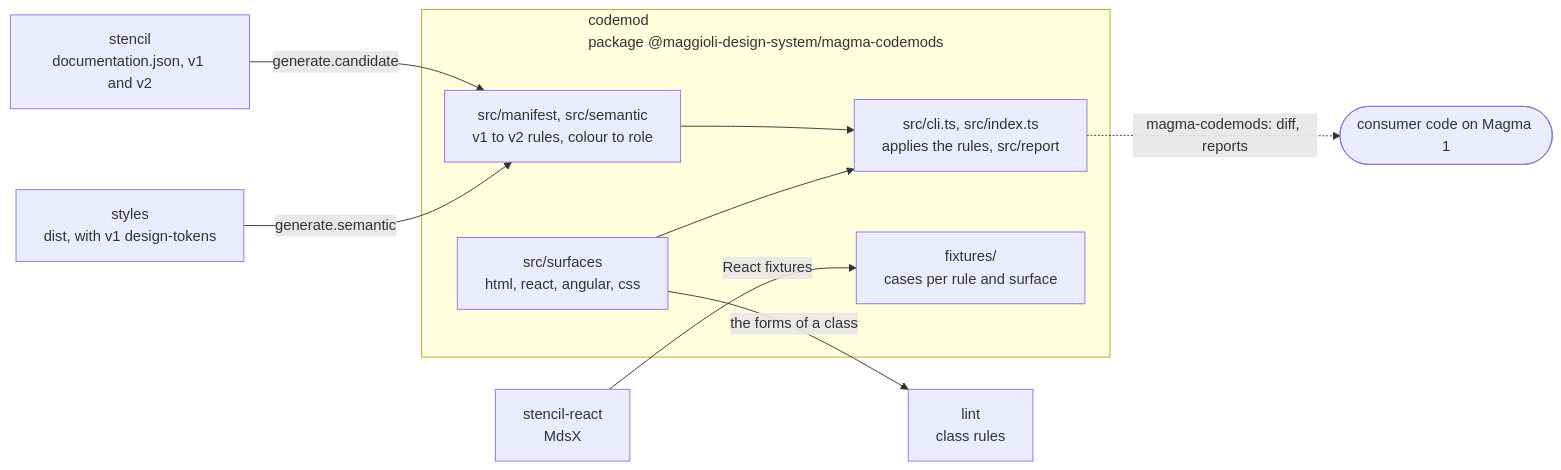
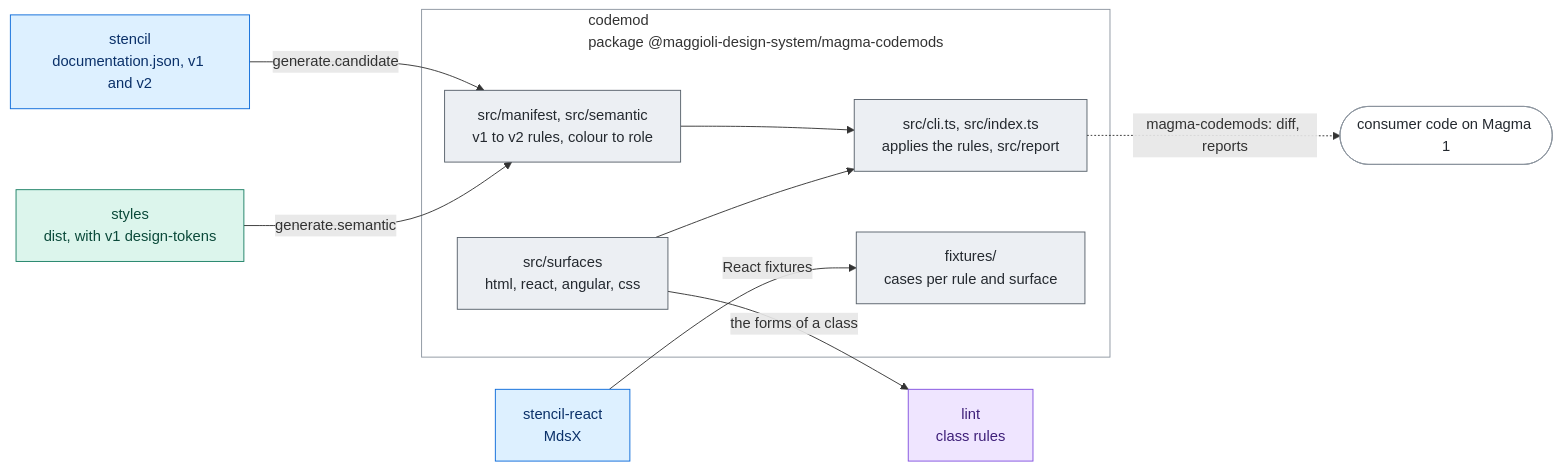
Before and after one commit to magma-design-system/magma: the diagram in projects/codemod/README.md, drawn with Mermaid. The commit also changed other lines of this file and 11 other files, not shown here.

First line of the commit message:
docs(magma): colour the diagrams of the projects by axis

````diff
--- a/projects/codemod/README.md
+++ b/projects/codemod/README.md
@@ -16,19 +16,32 @@
 ```mermaid
 flowchart LR
   WC["stencil<br/>documentation.json, v1 and v2"]
   ST["styles<br/>dist, with v1 design-tokens"]
   RE["stencil-react<br/>MdsX"]
   subgraph cm["codemod<br/>package @maggioli-design-system/magma-codemods"]
     RULES["src/manifest, src/semantic<br/>v1 to v2 rules, colour to role"]
     SURF["src/surfaces<br/>html, react, angular, css"]
     RUN["src/cli.ts, src/index.ts<br/>applies the rules, src/report"]
     FIX["fixtures/<br/>cases per rule and surface"]
     RULES --> RUN
     SURF --> RUN
   end
   WC -->|"generate.candidate"| RULES
   ST -->|"generate.semantic"| RULES
   RE -->|"React fixtures"| FIX
   SURF -->|"the forms of a class"| LINT["lint<br/>class rules"]
   RUN -.->|"magma-codemods: diff, reports"| APP(["consumer code on Magma 1"])
+  class LINT ai
+  class ST visual
+  class WC,RE components
+  class RULES,SURF,RUN,FIX tooling
+  class APP outside
+  class cm area
+  classDef ai fill:#efe5ff,stroke:#8250df,color:#3e1f79
+  classDef assets fill:#fff1d6,stroke:#bf8700,color:#5c3d00
+  classDef visual fill:#dcf5ec,stroke:#1a7f64,color:#0b4a3a
+  classDef components fill:#ddf0ff,stroke:#0969da,color:#0a3069
+  classDef tooling fill:#eceff3,stroke:#57606a,color:#24292f
+  classDef outside fill:#ffffff,stroke:#8c959f,color:#24292f
+  classDef area fill:none,stroke:#8c959f
 ```
````
